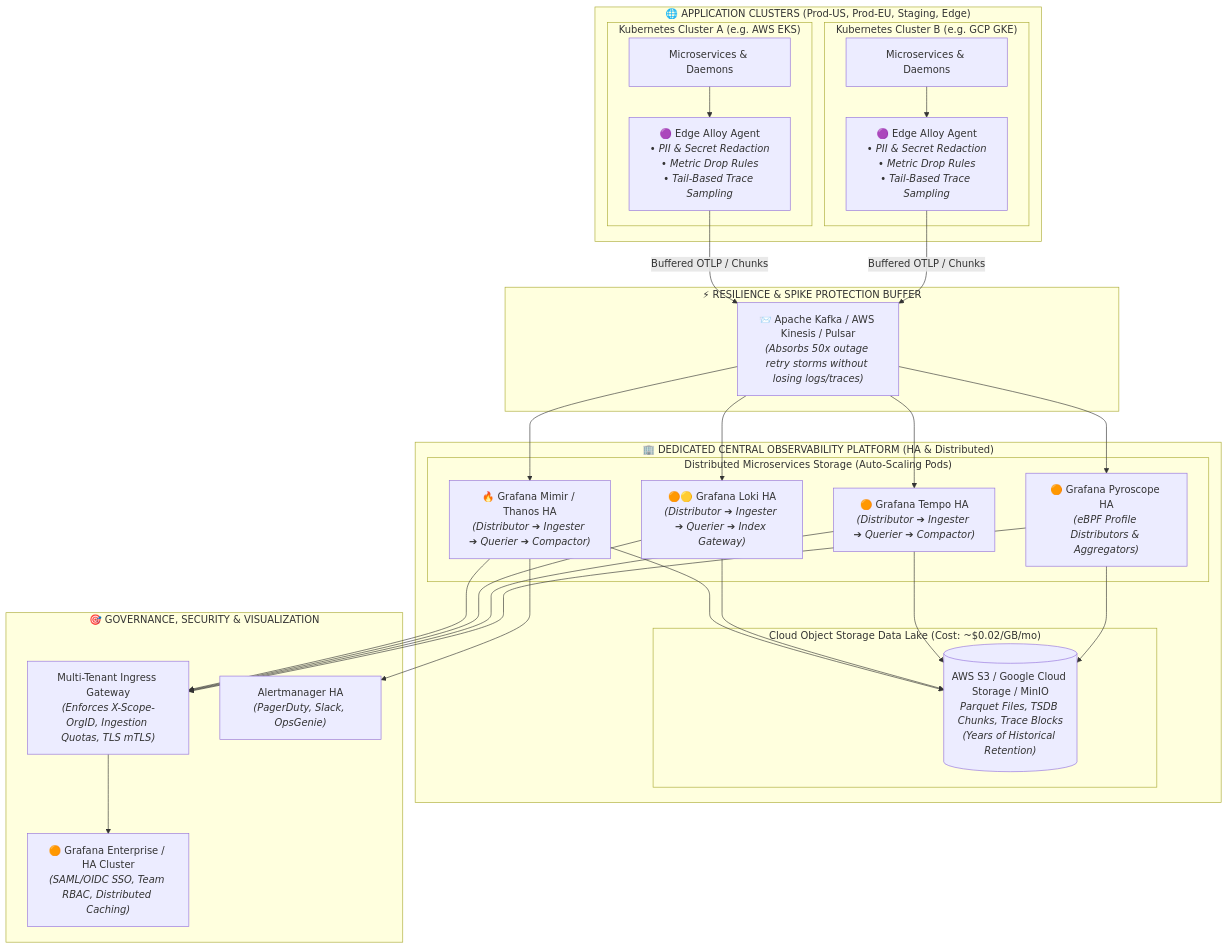
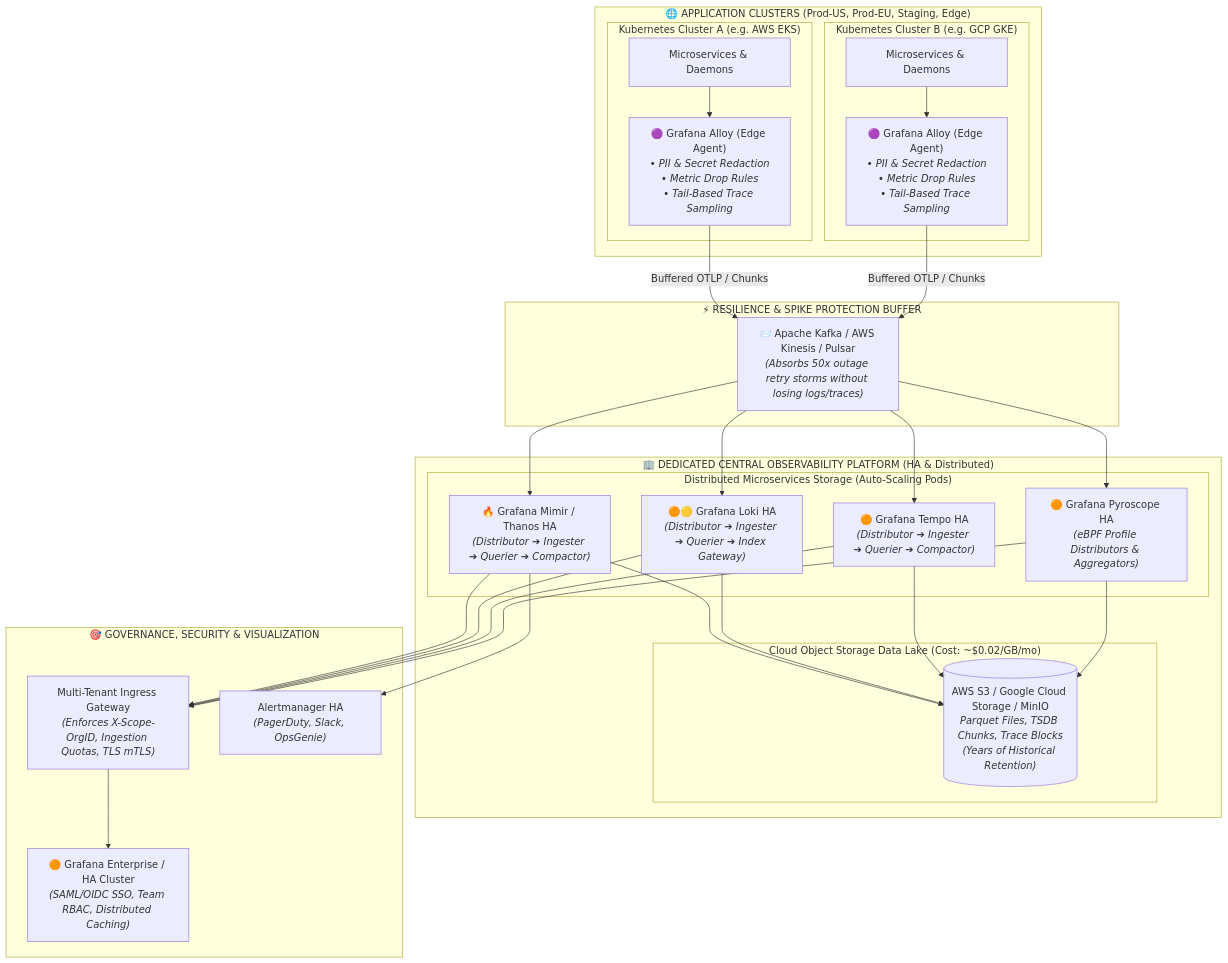
One commit to seang454/kubernete-aws-gcp changed the second of 5 diagrams in observ-monitory/observability-architecture-guide.md. Above: the diagram before and after it, drawn with Mermaid. The commit also changed other lines of this file and 1 other file, not shown here.

Commit message:
update new version

````diff
--- a/observ-monitory/observability-architecture-guide.md
+++ b/observ-monitory/observability-architecture-guide.md
@@ -108,63 +108,63 @@
 ```mermaid
 flowchart TD
     subgraph EdgeClusters["🌐 APPLICATION CLUSTERS (Prod-US, Prod-EU, Staging, Edge)"]
         subgraph Cluster1["Kubernetes Cluster A (e.g. AWS EKS)"]
             app1["Microservices & Daemons"]
-            alloy1["🟣 Edge Alloy Agent<br><i>• PII & Secret Redaction<br>• Metric Drop Rules<br>• Tail-Based Trace Sampling</i>"]
+            alloy1["🟣 Grafana Alloy (Edge Agent)<br><i>• PII & Secret Redaction<br>• Metric Drop Rules<br>• Tail-Based Trace Sampling</i>"]
             app1 --> alloy1
         end
 
         subgraph Cluster2["Kubernetes Cluster B (e.g. GCP GKE)"]
             app2["Microservices & Daemons"]
-            alloy2["🟣 Edge Alloy Agent<br><i>• PII & Secret Redaction<br>• Metric Drop Rules<br>• Tail-Based Trace Sampling</i>"]
+            alloy2["🟣 Grafana Alloy (Edge Agent)<br><i>• PII & Secret Redaction<br>• Metric Drop Rules<br>• Tail-Based Trace Sampling</i>"]
             app2 --> alloy2
         end
     end
 
     subgraph StreamingBuffer["⚡ RESILIENCE & SPIKE PROTECTION BUFFER"]
         kafka["📨 Apache Kafka / AWS Kinesis / Pulsar<br><i>(Absorbs 50x outage retry storms without losing logs/traces)</i>"]
         alloy1 -->|Buffered OTLP / Chunks| kafka
         alloy2 -->|Buffered OTLP / Chunks| kafka
     end
 
     subgraph CentralPlatform["🏢 DEDICATED CENTRAL OBSERVABILITY PLATFORM (HA & Distributed)"]
         subgraph DistributedEngines["Distributed Microservices Storage (Auto-Scaling Pods)"]
             distMimir["🔥 Grafana Mimir / Thanos HA<br><i>(Distributor ➔ Ingester ➔ Querier ➔ Compactor)</i>"]
             distLoki["🟠🟡 Grafana Loki HA<br><i>(Distributor ➔ Ingester ➔ Querier ➔ Index Gateway)</i>"]
             distTempo["🟠 Grafana Tempo HA<br><i>(Distributor ➔ Ingester ➔ Querier ➔ Compactor)</i>"]
             distPyro["🟠 Grafana Pyroscope HA<br><i>(eBPF Profile Distributors & Aggregators)</i>"]
         end
 
         subgraph ObjectStorageLake["Cloud Object Storage Data Lake (Cost: ~$0.02/GB/mo)"]
             s3Lake[("AWS S3 / Google Cloud Storage / MinIO<br><i>Parquet Files, TSDB Chunks, Trace Blocks<br>(Years of Historical Retention)</i>")]
         end
     end
 
     subgraph GlobalGovernance["🎯 GOVERNANCE, SECURITY & VISUALIZATION"]
         gw["Multi-Tenant Ingress Gateway<br><i>(Enforces X-Scope-OrgID, Ingestion Quotas, TLS mTLS)</i>"]
         grafanaHA["🟠 Grafana Enterprise / HA Cluster<br><i>(SAML/OIDC SSO, Team RBAC, Distributed Caching)</i>"]
         alerts["Alertmanager HA<br><i>(PagerDuty, Slack, OpsGenie)</i>"]
     end
 
     %% Ingestion from Kafka into Engines
     kafka --> distMimir
     kafka --> distLoki
     kafka --> distTempo
     kafka --> distPyro
 
     %% Engines store blocks in S3
     distMimir --> s3Lake
     distLoki --> s3Lake
     distTempo --> s3Lake
     distPyro --> s3Lake
 
     %% Alerting
     distMimir --> alerts
 
     %% Reading through Multi-Tenant Gateway
     distMimir --> gw
     distLoki --> gw
     distTempo --> gw
     distPyro --> gw
     gw --> grafanaHA
 ```
````
